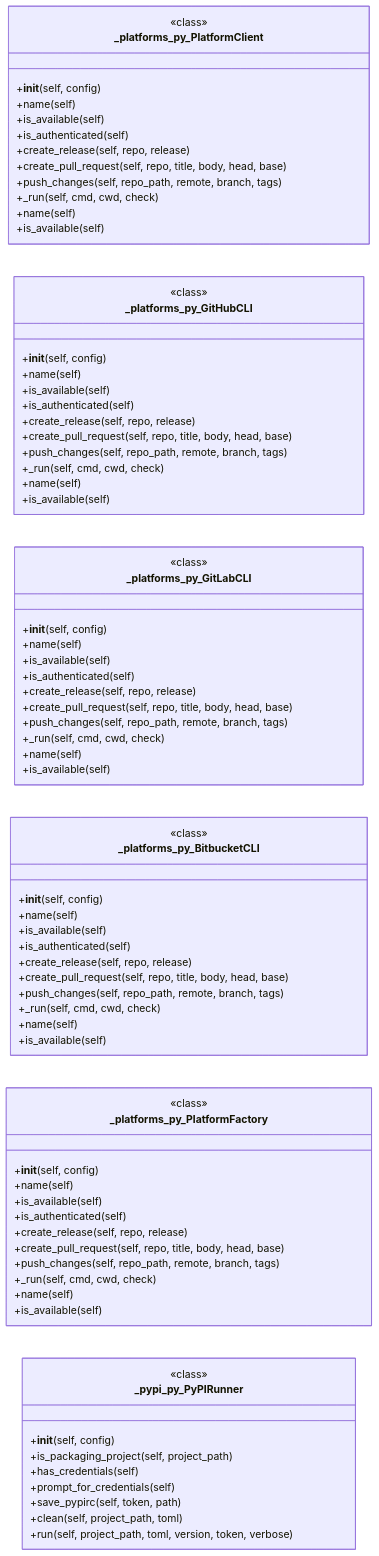
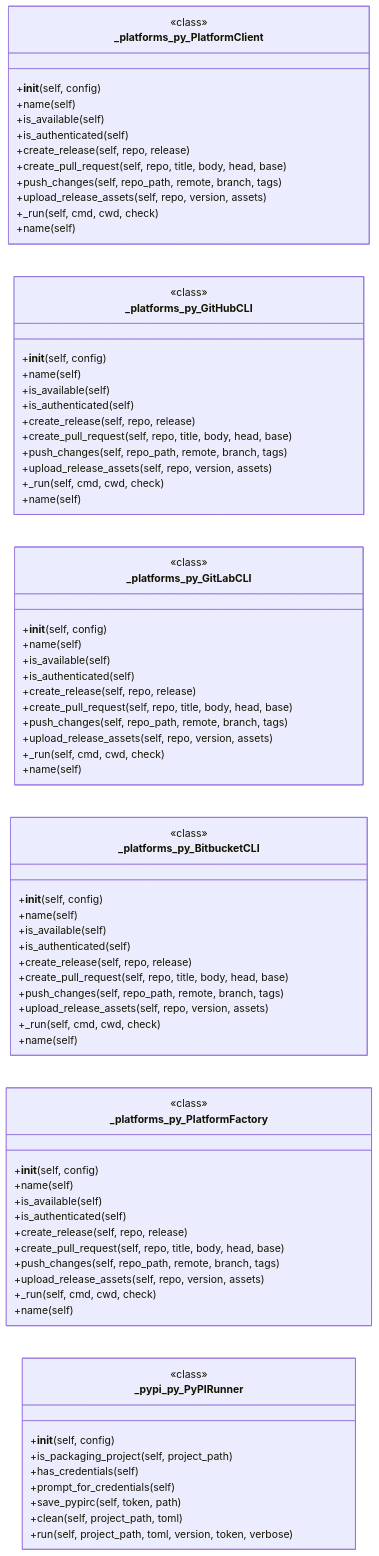
Before and after one commit to grisuno/deploynator: diagram 14 of 20 in KNOWLEDGE_BASE.md, drawn with Mermaid. The commit also changed other lines of this file and 120 other files, not shown here.

````diff
--- a/KNOWLEDGE_BASE.md
+++ b/KNOWLEDGE_BASE.md
@@ -1629,79 +1651,79 @@
 ```mermaid
 classDiagram
   direction LR
   class _platforms_py_PlatformClient {
     <<class>>
     +__init__(self, config)
     +name(self)
     +is_available(self)
     +is_authenticated(self)
     +create_release(self, repo, release)
     +create_pull_request(self, repo, title, body, head, base)
     +push_changes(self, repo_path, remote, branch, tags)
+    +upload_release_assets(self, repo, version, assets)
     +_run(self, cmd, cwd, check)
     +name(self)
-    +is_available(self)
   }
   class _platforms_py_GitHubCLI {
     <<class>>
     +__init__(self, config)
     +name(self)
     +is_available(self)
     +is_authenticated(self)
     +create_release(self, repo, release)
     +create_pull_request(self, repo, title, body, head, base)
     +push_changes(self, repo_path, remote, branch, tags)
+    +upload_release_assets(self, repo, version, assets)
     +_run(self, cmd, cwd, check)
     +name(self)
-    +is_available(self)
   }
   class _platforms_py_GitLabCLI {
     <<class>>
     +__init__(self, config)
     +name(self)
     +is_available(self)
     +is_authenticated(self)
     +create_release(self, repo, release)
     +create_pull_request(self, repo, title, body, head, base)
     +push_changes(self, repo_path, remote, branch, tags)
+    +upload_release_assets(self, repo, version, assets)
     +_run(self, cmd, cwd, check)
     +name(self)
-    +is_available(self)
   }
   class _platforms_py_BitbucketCLI {
     <<class>>
     +__init__(self, config)
     +name(self)
     +is_available(self)
     +is_authenticated(self)
     +create_release(self, repo, release)
     +create_pull_request(self, repo, title, body, head, base)
     +push_changes(self, repo_path, remote, branch, tags)
+    +upload_release_assets(self, repo, version, assets)
     +_run(self, cmd, cwd, check)
     +name(self)
-    +is_available(self)
   }
   class _platforms_py_PlatformFactory {
     <<class>>
     +__init__(self, config)
     +name(self)
     +is_available(self)
     +is_authenticated(self)
     +create_release(self, repo, release)
     +create_pull_request(self, repo, title, body, head, base)
     +push_changes(self, repo_path, remote, branch, tags)
+    +upload_release_assets(self, repo, version, assets)
     +_run(self, cmd, cwd, check)
     +name(self)
-    +is_available(self)
   }
   class _pypi_py_PyPIRunner {
     <<class>>
     +__init__(self, config)
     +is_packaging_project(self, project_path)
     +has_credentials(self)
     +prompt_for_credentials(self)
     +save_pypirc(self, token, path)
     +clean(self, project_path, toml)
     +run(self, project_path, toml, version, token, verbose)
   }
 ```
````
